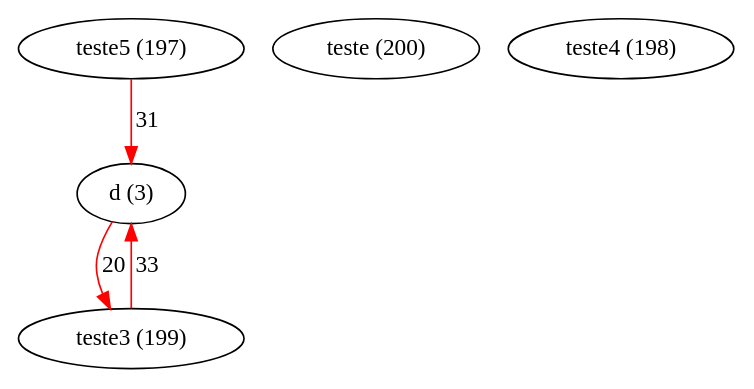
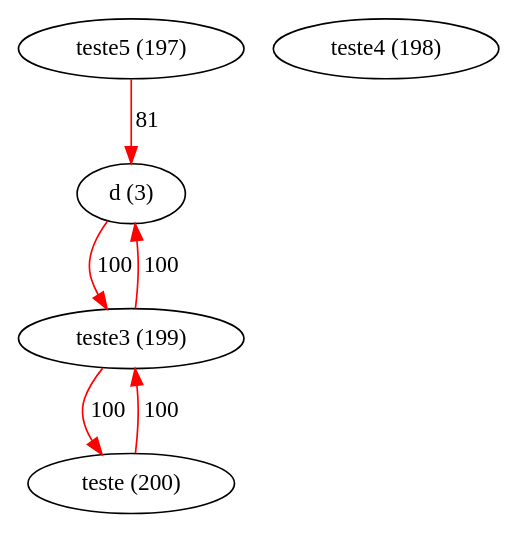
The diagram in src/teste.dot (AntoniaTurcatto/GrafoMood), drawn with Graphviz before and after one commit. The commit also changed 2 other files, not shown here.

```diff
--- a/src/teste.dot
+++ b/src/teste.dot
@@ -1,10 +1,12 @@
 digraph G {
     0 [label="d (3)"];
-    0 -> 2 [label="20", color=red];
+    0 -> 2 [label="100", color=red];
     1 [label="teste (200)"];
+    1 -> 2 [label="100", color=red];
     2 [label="teste3 (199)"];
-    2 -> 0 [label="33", color=red];
+    2 -> 0 [label="100", color=red];
+    2 -> 1 [label="100", color=red];
     3 [label="teste4 (198)"];
     4 [label="teste5 (197)"];
-    4 -> 0 [label="31", color=red];
+    4 -> 0 [label="81", color=red];
 }
```
